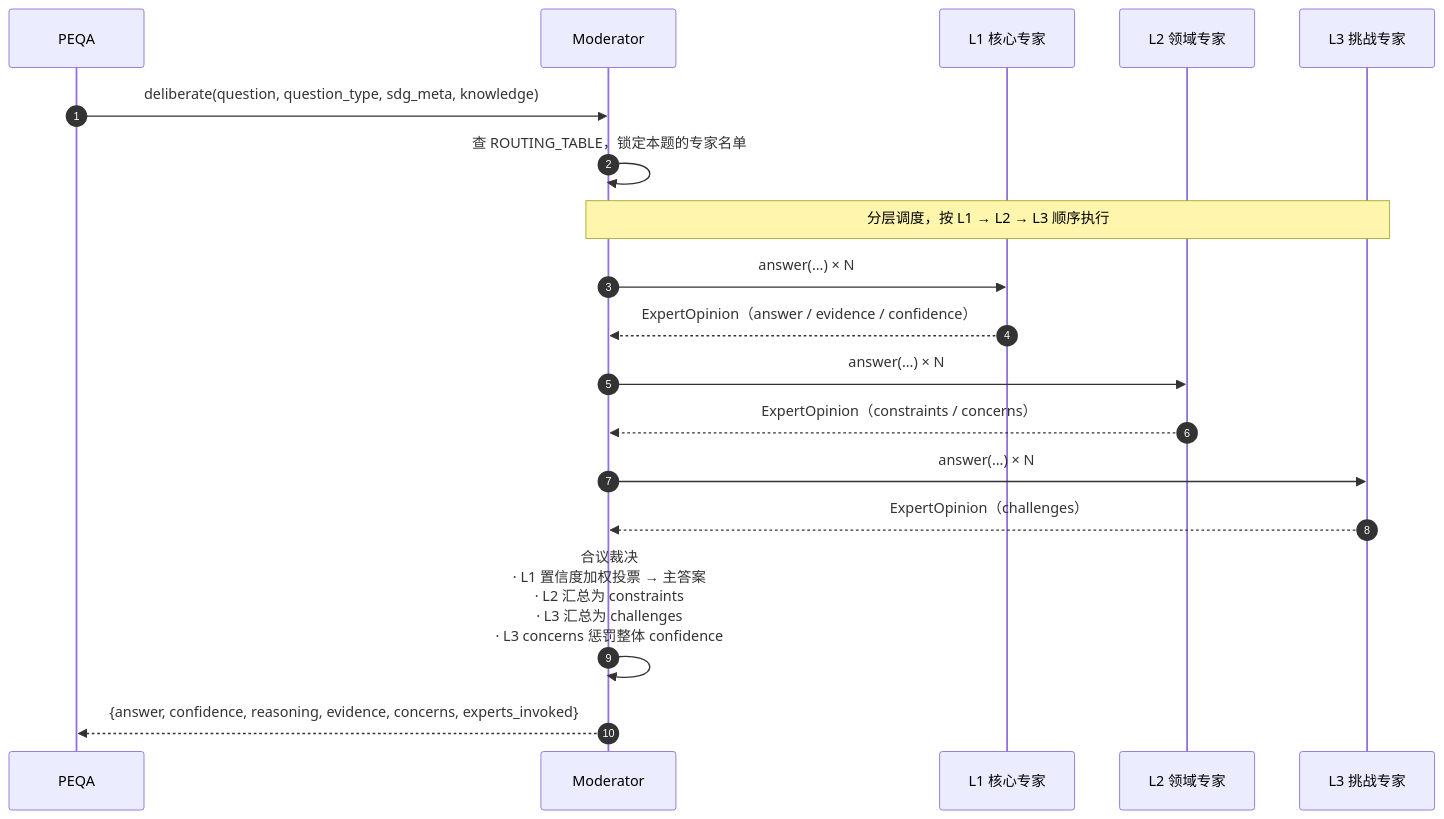
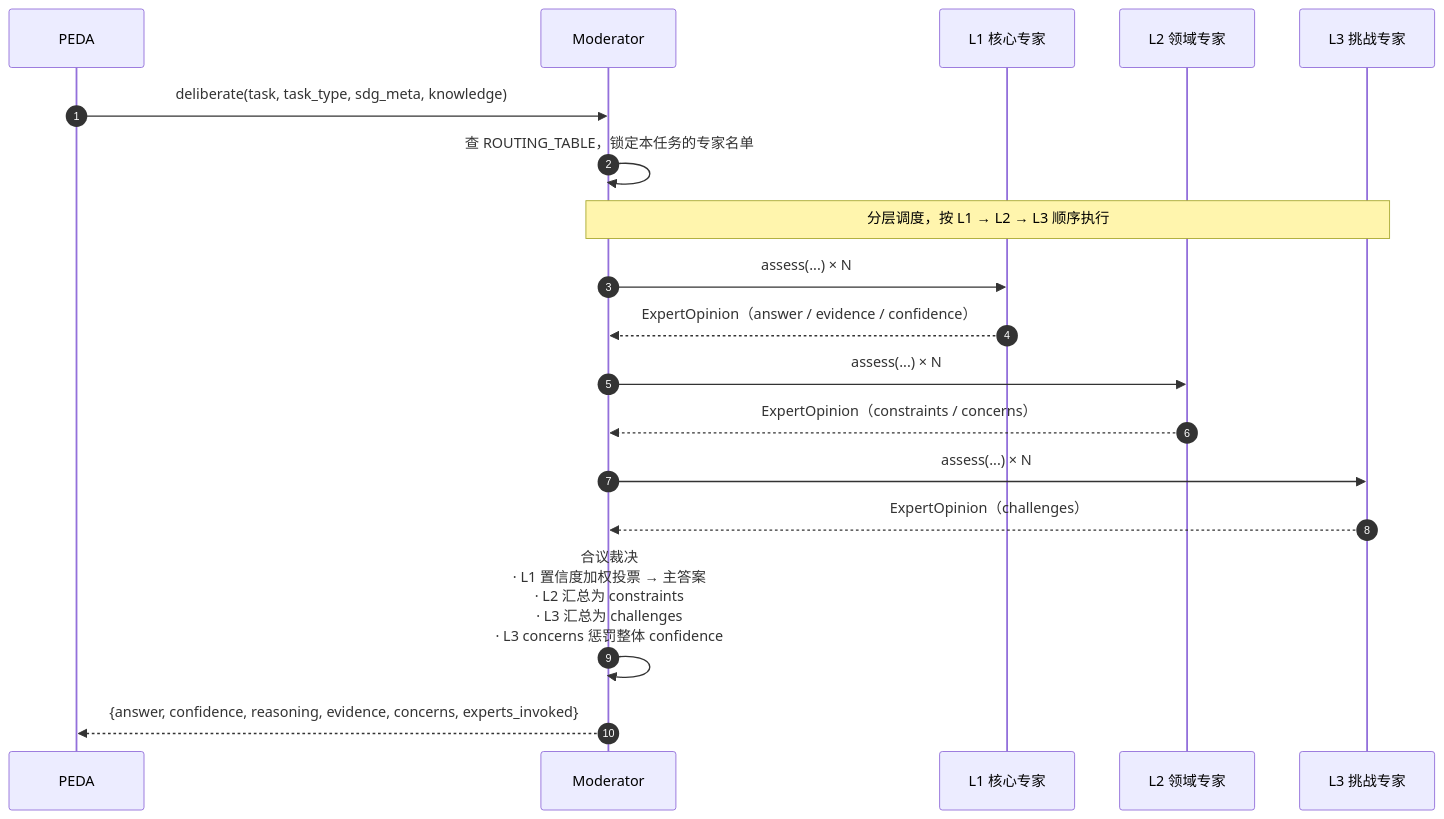
One commit to sunzhenhui/geosdg changed the fourth of 4 diagrams in agent/geosdg-agent/README.md. Above: the diagram before and after it, drawn with Mermaid. The commit also changed other lines of this file and 16 other files, not shown here.

````diff
--- a/agent/geosdg-agent/README.md
+++ b/agent/geosdg-agent/README.md
@@ -144,23 +152,23 @@
 ```mermaid
 sequenceDiagram
     autonumber
-    participant P as PEQA
+    participant P as PEDA
     participant M as Moderator
     participant L1 as L1 核心专家
     participant L2 as L2 领域专家
     participant L3 as L3 挑战专家
 
-    P->>M: deliberate(question, question_type, sdg_meta, knowledge)
-    M->>M: 查 ROUTING_TABLE，锁定本题的专家名单
+    P->>M: deliberate(task, task_type, sdg_meta, knowledge)
+    M->>M: 查 ROUTING_TABLE，锁定本任务的专家名单
 
     Note over M,L3: 分层调度，按 L1 → L2 → L3 顺序执行
-    M->>L1: answer(...) × N
+    M->>L1: assess(...) × N
     L1-->>M: ExpertOpinion（answer / evidence / confidence）
-    M->>L2: answer(...) × N
+    M->>L2: assess(...) × N
     L2-->>M: ExpertOpinion（constraints / concerns）
-    M->>L3: answer(...) × N
+    M->>L3: assess(...) × N
     L3-->>M: ExpertOpinion（challenges）
 
     M->>M: 合议裁决<br/>· L1 置信度加权投票 → 主答案<br/>· L2 汇总为 constraints<br/>· L3 汇总为 challenges<br/>· L3 concerns 惩罚整体 confidence
     M-->>P: {answer, confidence, reasoning, evidence, concerns, experts_invoked}
 ```
````
